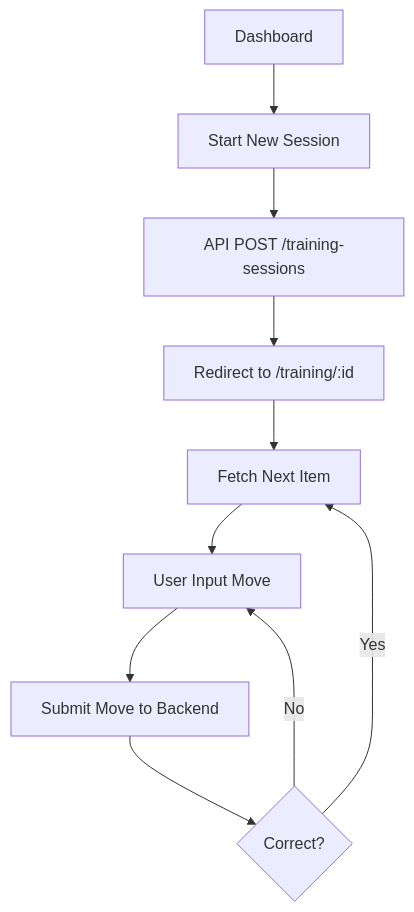
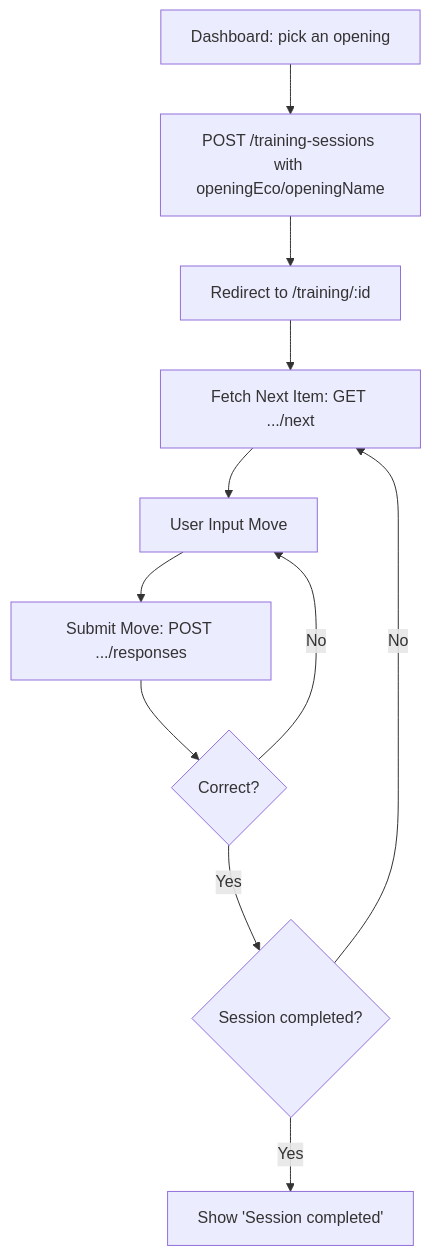
One commit to coliver/chess-trainer changed the second of 2 diagrams in frontend/README.md. Above: the diagram before and after it, drawn with Mermaid. The commit also changed other lines of this file, not shown here.

````diff
--- a/frontend/README.md
+++ b/frontend/README.md
@@ -76,12 +96,13 @@
 ```mermaid
 flowchart TD
-  A[Dashboard] --> B[Start New Session]
-  B --> C[API POST /training-sessions]
-  C --> D[Redirect to /training/:id]
-  D --> E[Fetch Next Item]
-  E --> F[User Input Move]
-  F --> G[Submit Move to Backend]
-  G --> H{Correct?}
-  H -- Yes --> E
-  H -- No --> F
+  A[Dashboard: pick an opening] --> B[POST /training-sessions with openingEco/openingName]
+  B --> C[Redirect to /training/:id]
+  C --> D[Fetch Next Item: GET .../next]
+  D --> E[User Input Move]
+  E --> F[Submit Move: POST .../responses]
+  F --> G{Correct?}
+  G -- Yes --> H{Session completed?}
+  H -- No --> D
+  H -- Yes --> I[Show 'Session completed']
+  G -- No --> E
 ```
````
